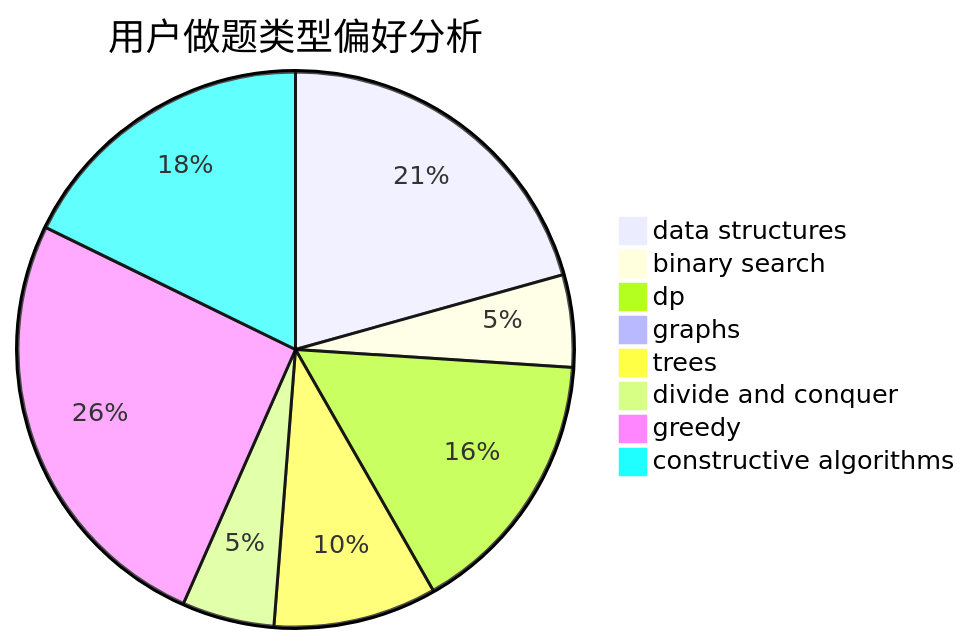
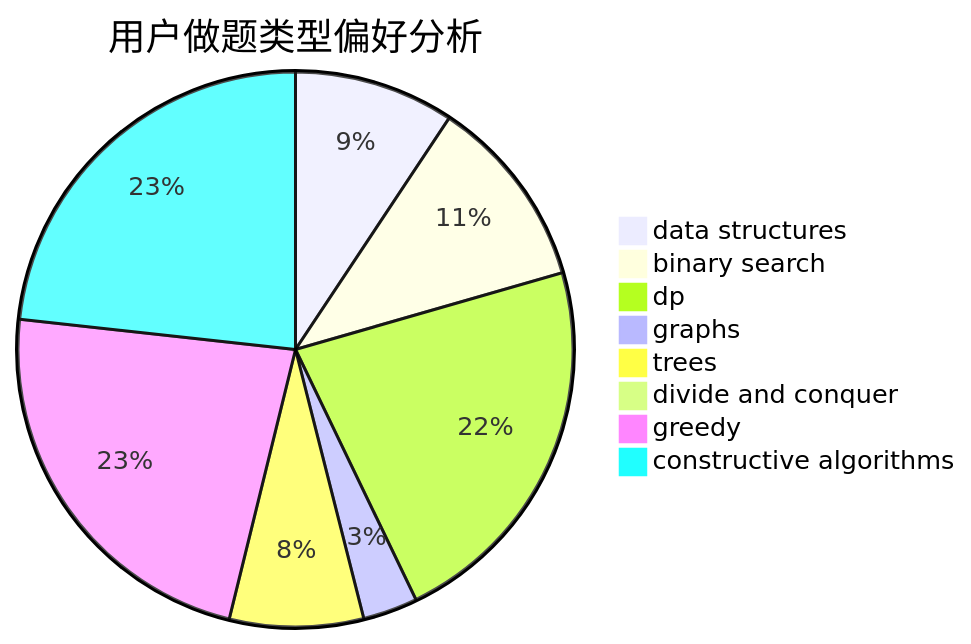
Before and after one commit to sherpahu/cfrs.github.io: the second of 3 diagrams in docs/user/u1297.md, drawn with Mermaid. The commit also changed other lines of this file and 2770 other files, not shown here.

````diff
--- a/docs/user/u1297.md
+++ b/docs/user/u1297.md
@@ -23,11 +23,11 @@
 ```mermaid
 pie title 用户做题类型偏好分析
-    "data structures" :  50
-    "binary search" :  13
-    "dp" :  38
-    "graphs" :  0
-    "trees" :  23
-    "divide and conquer" :  13
-    "greedy" :  62
-    "constructive algorithms" :  43
+    "data structures" :  79
+    "binary search" :  95
+    "dp" :  189
+    "graphs" :  27
+    "trees" :  66
+    "divide and conquer" :  3
+    "greedy" :  194
+    "constructive algorithms" :  197
 ```
````
